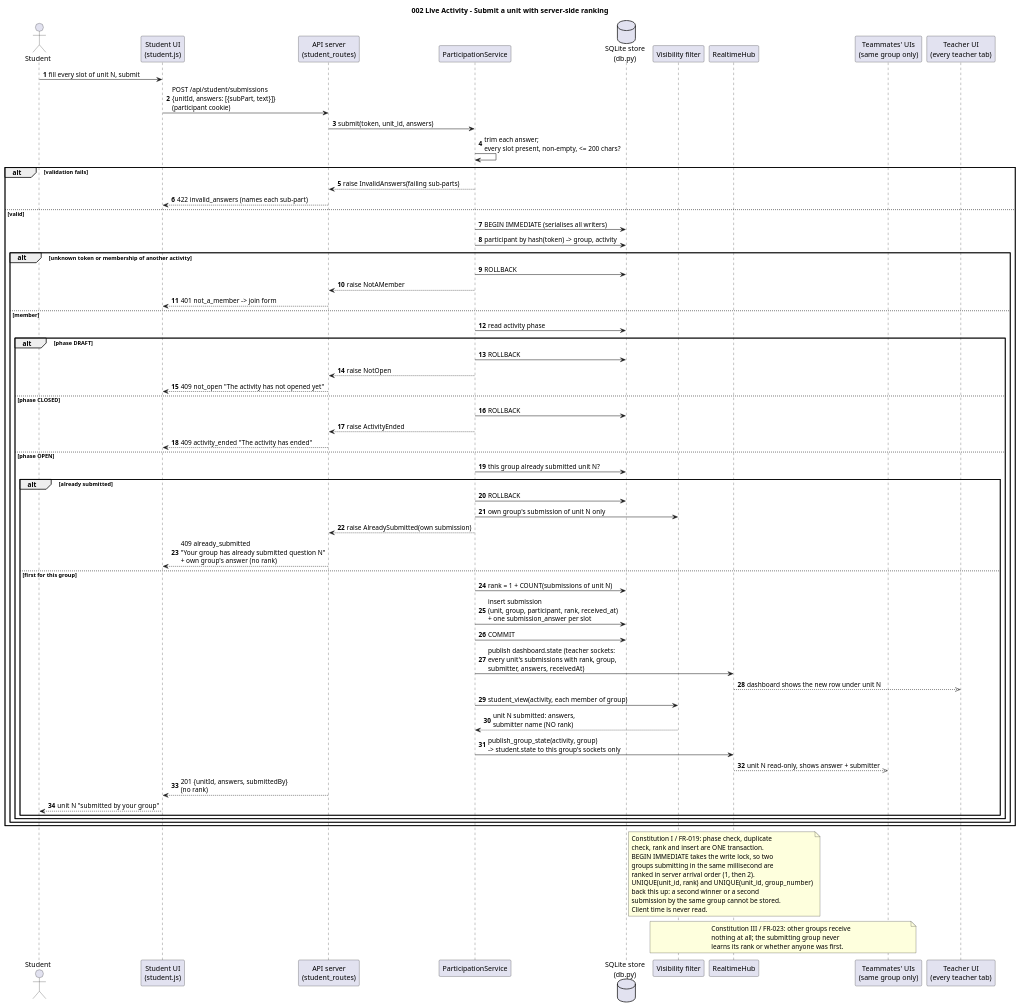
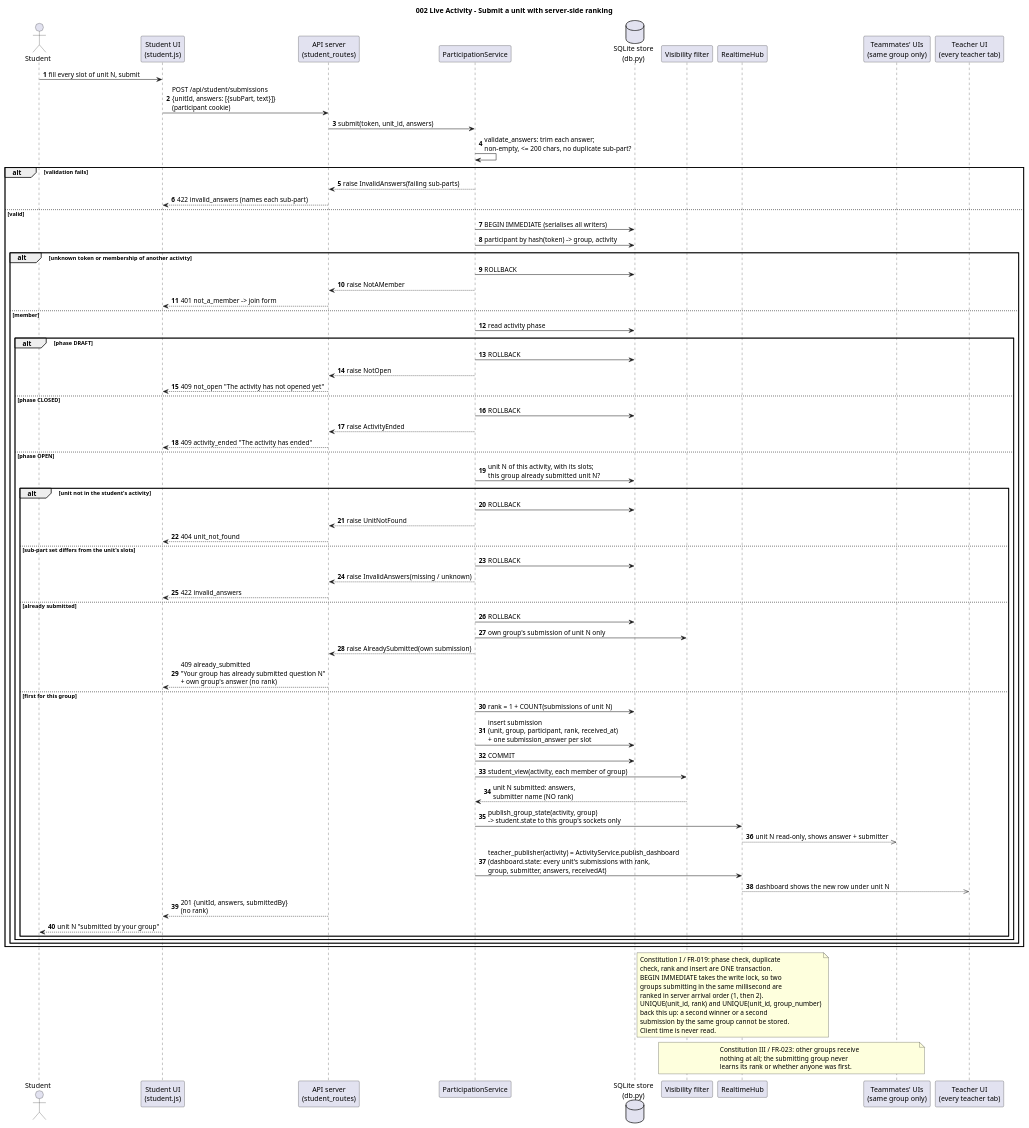
One commit to WasabiSaikou/quiz-buzzer changed the diagram in diagrams/002-seq-submit.puml. Above: the diagram before and after it, drawn with PlantUML. The commit also changed 16 other files, not shown here.

First line of the commit message:
chore(002): Phase 8 polish - log hygiene, push latency, code-vs-diagram verification

```diff
--- a/diagrams/002-seq-submit.puml
+++ b/diagrams/002-seq-submit.puml
@@ -1,83 +1,91 @@
 @startuml 002-seq-submit
 title 002 Live Activity - Submit a unit with server-side ranking
 
 skinparam shadowing false
 skinparam defaultFontName "Microsoft JhengHei"
 autonumber
 
 actor Student
 participant "Student UI\n(student.js)" as SUI
 participant "API server\n(student_routes)" as API
 participant "ParticipationService" as PART
 database "SQLite store\n(db.py)" as DB
 participant "Visibility filter" as VIS
 participant "RealtimeHub" as RT
 participant "Teammates' UIs\n(same group only)" as MATES
 participant "Teacher UI\n(every teacher tab)" as TUI
 
 Student -> SUI : fill every slot of unit N, submit
 SUI -> API : POST /api/student/submissions\n{unitId, answers: [{subPart, text}]}\n(participant cookie)
 API -> PART : submit(token, unit_id, answers)
-PART -> PART : trim each answer;\nevery slot present, non-empty, <= 200 chars?
+PART -> PART : validate_answers: trim each answer;\nnon-empty, <= 200 chars, no duplicate sub-part?
 alt validation fails
   PART --> API : raise InvalidAnswers(failing sub-parts)
   API --> SUI : 422 invalid_answers (names each sub-part)
 else valid
   PART -> DB : BEGIN IMMEDIATE (serialises all writers)
   PART -> DB : participant by hash(token) -> group, activity
   alt unknown token or membership of another activity
     PART -> DB : ROLLBACK
     PART --> API : raise NotAMember
     API --> SUI : 401 not_a_member -> join form
   else member
     PART -> DB : read activity phase
     alt phase DRAFT
       PART -> DB : ROLLBACK
       PART --> API : raise NotOpen
       API --> SUI : 409 not_open "The activity has not opened yet"
     else phase CLOSED
       PART -> DB : ROLLBACK
       PART --> API : raise ActivityEnded
       API --> SUI : 409 activity_ended "The activity has ended"
     else phase OPEN
-      PART -> DB : this group already submitted unit N?
-      alt already submitted
+      PART -> DB : unit N of this activity, with its slots;\nthis group already submitted unit N?
+      alt unit not in the student's activity
+        PART -> DB : ROLLBACK
+        PART --> API : raise UnitNotFound
+        API --> SUI : 404 unit_not_found
+      else sub-part set differs from the unit's slots
+        PART -> DB : ROLLBACK
+        PART --> API : raise InvalidAnswers(missing / unknown)
+        API --> SUI : 422 invalid_answers
+      else already submitted
         PART -> DB : ROLLBACK
         PART -> VIS : own group's submission of unit N only
         PART --> API : raise AlreadySubmitted(own submission)
         API --> SUI : 409 already_submitted\n"Your group has already submitted question N"\n+ own group's answer (no rank)
       else first for this group
         PART -> DB : rank = 1 + COUNT(submissions of unit N)
         PART -> DB : insert submission\n(unit, group, participant, rank, received_at)\n+ one submission_answer per slot
         PART -> DB : COMMIT
-        PART -> RT : publish dashboard.state (teacher sockets:\nevery unit's submissions with rank, group,\nsubmitter, answers, receivedAt)
-        RT -->> TUI : dashboard shows the new row under unit N
         PART -> VIS : student_view(activity, each member of group)
         VIS --> PART : unit N submitted: answers,\nsubmitter name (NO rank)
         PART -> RT : publish_group_state(activity, group)\n-> student.state to this group's sockets only
         RT -->> MATES : unit N read-only, shows answer + submitter
+        PART -> RT : teacher_publisher(activity) = ActivityService.publish_dashboard\n(dashboard.state: every unit's submissions with rank,\ngroup, submitter, answers, receivedAt)
+        RT -->> TUI : dashboard shows the new row under unit N
         API --> SUI : 201 {unitId, answers, submittedBy}\n(no rank)
         SUI --> Student : unit N "submitted by your group"
       end
     end
   end
 end
 
 note right of DB
   Constitution I / FR-019: phase check, duplicate
   check, rank and insert are ONE transaction.
   BEGIN IMMEDIATE takes the write lock, so two
   groups submitting in the same millisecond are
   ranked in server arrival order (1, then 2).
   UNIQUE(unit_id, rank) and UNIQUE(unit_id, group_number)
   back this up: a second winner or a second
   submission by the same group cannot be stored.
   Client time is never read.
 end note
 
 note over VIS, MATES
   Constitution III / FR-023: other groups receive
   nothing at all; the submitting group never
   learns its rank or whether anyone was first.
 end note
 @enduml
```
